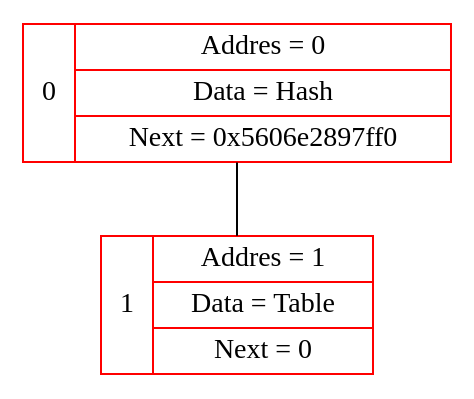
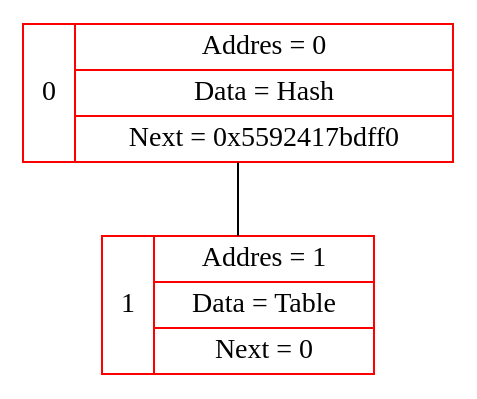
Before and after one commit to Kitaev2003/Hash-Table: the diagram in List_Graphviz.dot, drawn with Graphviz. The commit also changed 4 other files, not shown here.

```diff
--- a/List_Graphviz.dot
+++ b/List_Graphviz.dot
@@ -1,7 +1,7 @@
 graph graphname 
  {
 node [shape=record, color = "red"]; //Описание блоков графа
-		0[label="{0}|{Addres = 0| Data = Hash|Next = 0x5606e2897ff0}"];
+		0[label="{0}|{Addres = 0| Data = Hash|Next = 0x5592417bdff0}"];
 		1[label="{1}|{Addres = 1| Data = Table|Next = 0}"];
 		0 -- 1 [arrowhead = diamond];
 }
```
